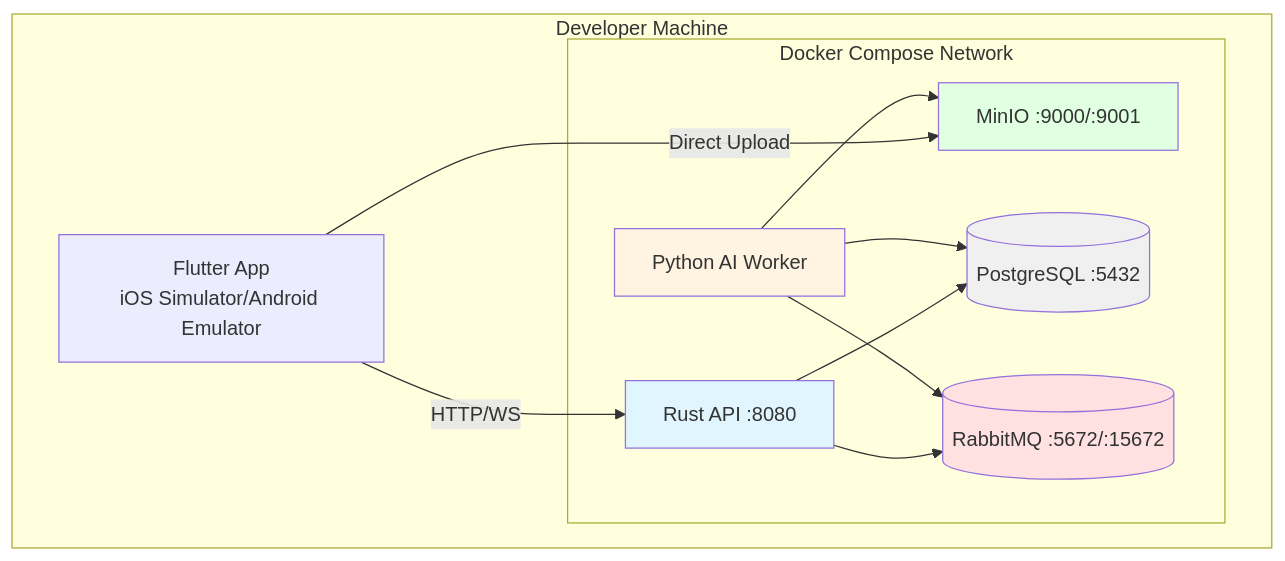
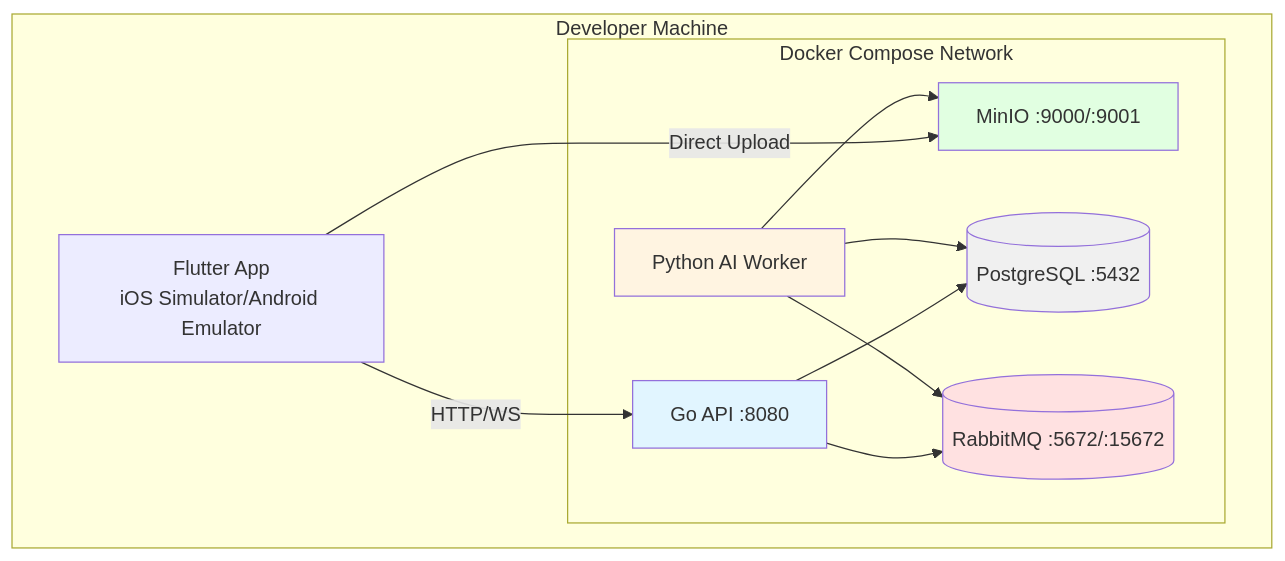
The diagram in docs/20-engineering/developer_guide/architecture/deployment/development.md (Ascension-EIP/Ascension), drawn with Mermaid before and after one commit. The commit also changed other lines of this file and 15 other files, not shown here.

First line of the commit message:
refactor(server): migrate api gateway from rust to go

````diff
--- a/docs/20-engineering/developer_guide/architecture/deployment/development.md
+++ b/docs/20-engineering/developer_guide/architecture/deployment/development.md
@@ -36,28 +36,28 @@
 ```mermaid
 graph TB
     subgraph "Developer Machine"
         subgraph "Docker Compose Network"
-            API[Rust API :8080]
+            API[Go API :8080]
             DB[(PostgreSQL :5432)]
             RabbitMQ[(RabbitMQ :5672/:15672)]
             MinIO[MinIO :9000/:9001]
             Worker[Python AI Worker]
         end
 
         Flutter[Flutter App<br/>iOS Simulator/Android Emulator]
     end
 
     Flutter -->|HTTP/WS| API
     Flutter -->|Direct Upload| MinIO
     API --> DB
     API --> RabbitMQ
     Worker --> RabbitMQ
     Worker --> MinIO
     Worker --> DB
 
     style API fill:#e1f5ff
     style Worker fill:#fff4e1
     style DB fill:#f0f0f0
     style RabbitMQ fill:#ffe1e1
     style MinIO fill:#e1ffe1
 ```
````
